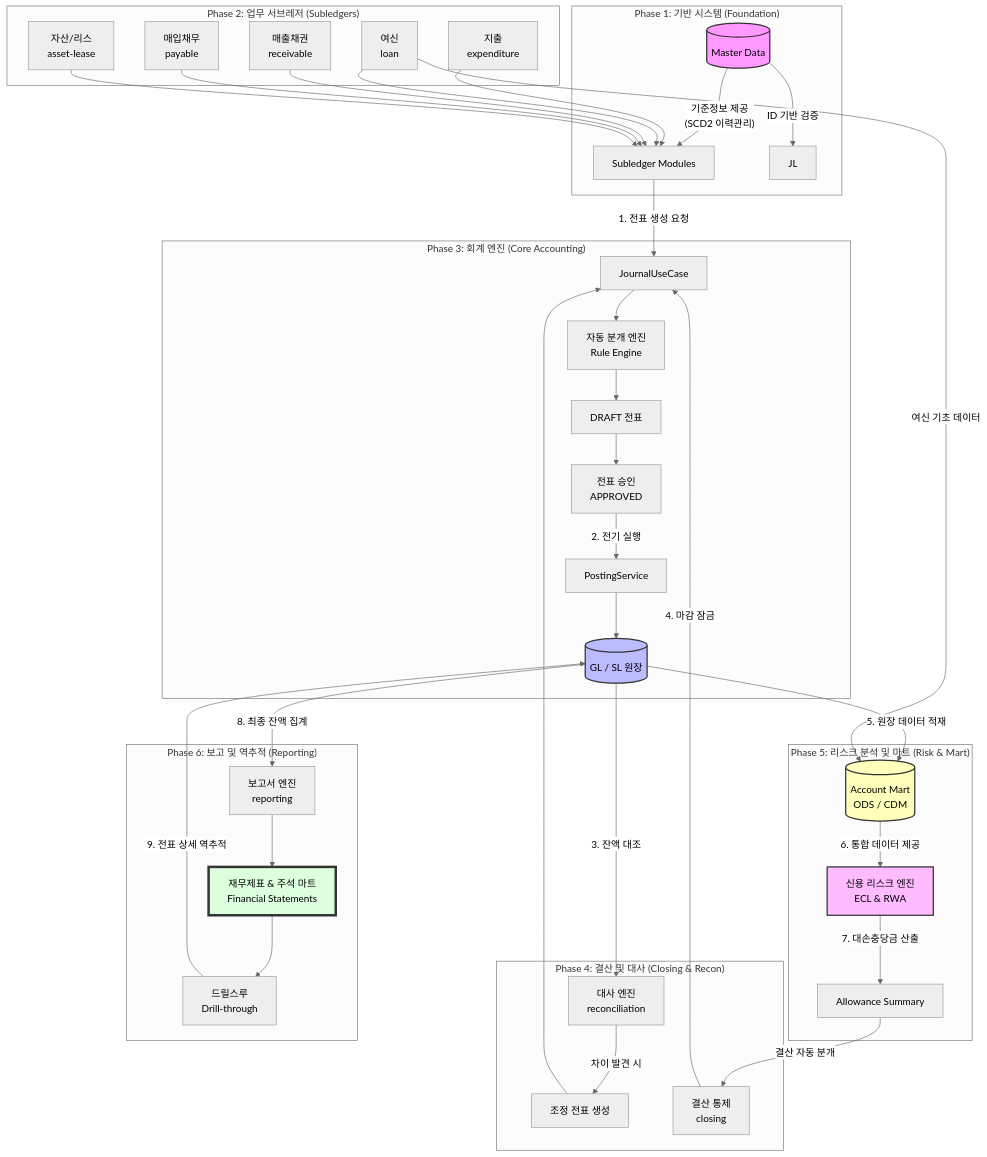
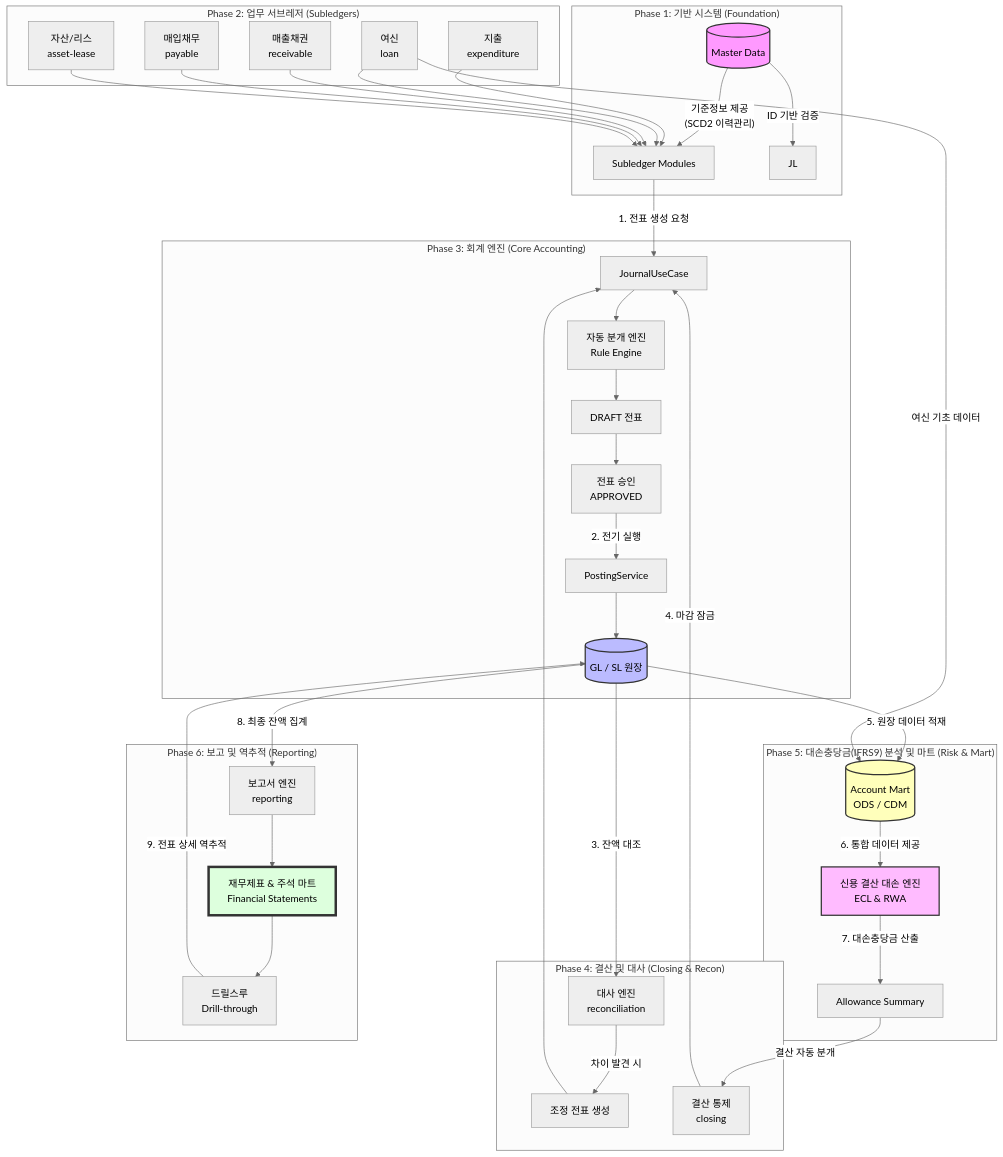
Before and after one commit to skyg547/account: the diagram in docs/comprehensive-business-flow.md, drawn with Mermaid (neutral theme). The commit also changed other lines of this file and 673 other files, not shown here.

Commit message:
refactor: 리스크 도메인 명칭 전면 제거 및 재무/결산/IFRS9 모듈로 통폐합

````diff
--- a/docs/comprehensive-business-flow.md
+++ b/docs/comprehensive-business-flow.md
@@ -9,57 +9,57 @@
 ```mermaid
 flowchart TD
     subgraph "Phase 1: 기반 시스템 (Foundation)"
         MD[(Master Data)] -- "기준정보 제공\n(SCD2 이력관리)" --> SL
         MD -- "ID 기반 검증" --> JL
     end
 
     subgraph "Phase 2: 업무 서브레저 (Subledgers)"
         SL[Subledger Modules]
         EX[지출\nexpenditure] --> SL
         LN[여신\nloan] --> SL
         AR[매출채권\nreceivable] --> SL
         AP[매입채무\npayable] --> SL
         AS[자산/리스\nasset-lease] --> SL
     end
 
     subgraph "Phase 3: 회계 엔진 (Core Accounting)"
         SL -- "1. 전표 생성 요청" --> JL_USE[JournalUseCase]
         JL_USE --> RE[자동 분개 엔진\nRule Engine]
         RE --> DRAFT[DRAFT 전표]
         DRAFT --> APP[전표 승인\nAPPROVED]
         APP -- "2. 전기 실행" --> POST[PostingService]
         POST --> GL_SL[(GL / SL 원장)]
     end
 
     subgraph "Phase 4: 결산 및 대사 (Closing & Recon)"
         GL_SL -- "3. 잔액 대조" --> RC[대사 엔진\nreconciliation]
         RC -- "차이 발견 시" --> ADJ[조정 전표 생성]
         ADJ --> JL_USE
 
         CL[결산 통제\nclosing] -- "4. 마감 잠금" --> JL_USE
     end
 
-    subgraph "Phase 5: 리스크 분석 및 마트 (Risk & Mart)"
+    subgraph "Phase 5: 대손충당금(IFRS9) 분석 및 마트 (Risk & Mart)"
         GL_SL -- "5. 원장 데이터 적재" --> MART[(Account Mart\nODS / CDM)]
         LN -- "여신 기초 데이터" --> MART
         
-        MART -- "6. 통합 데이터 제공" --> ECL_ENG[신용 리스크 엔진\nECL & RWA]
+        MART -- "6. 통합 데이터 제공" --> ECL_ENG[신용 결산 대손 엔진\nECL & RWA]
         ECL_ENG -- "7. 대손충당금 산출" --> ECL_SUM[Allowance Summary]
         
         ECL_SUM -- "결산 자동 분개" --> CL
     end
 
     subgraph "Phase 6: 보고 및 역추적 (Reporting)"
         GL_SL -- "8. 최종 잔액 집계" --> RP[보고서 엔진\nreporting]
         RP --> FS[재무제표 & 주석 마트\nFinancial Statements]
         FS --> DT[드릴스루\nDrill-through]
         DT -- "9. 전표 상세 역추적" --> GL_SL
     end
 
     %% 연결선 및 스타일링
     style MD fill:#f9f,stroke:#333,stroke-width:2px
     style GL_SL fill:#bbf,stroke:#333,stroke-width:2px
     style MART fill:#ffb,stroke:#333,stroke-width:2px
     style ECL_ENG fill:#fbf,stroke:#333,stroke-width:2px
     style FS fill:#dfd,stroke:#333,stroke-width:4px
 ```
````
